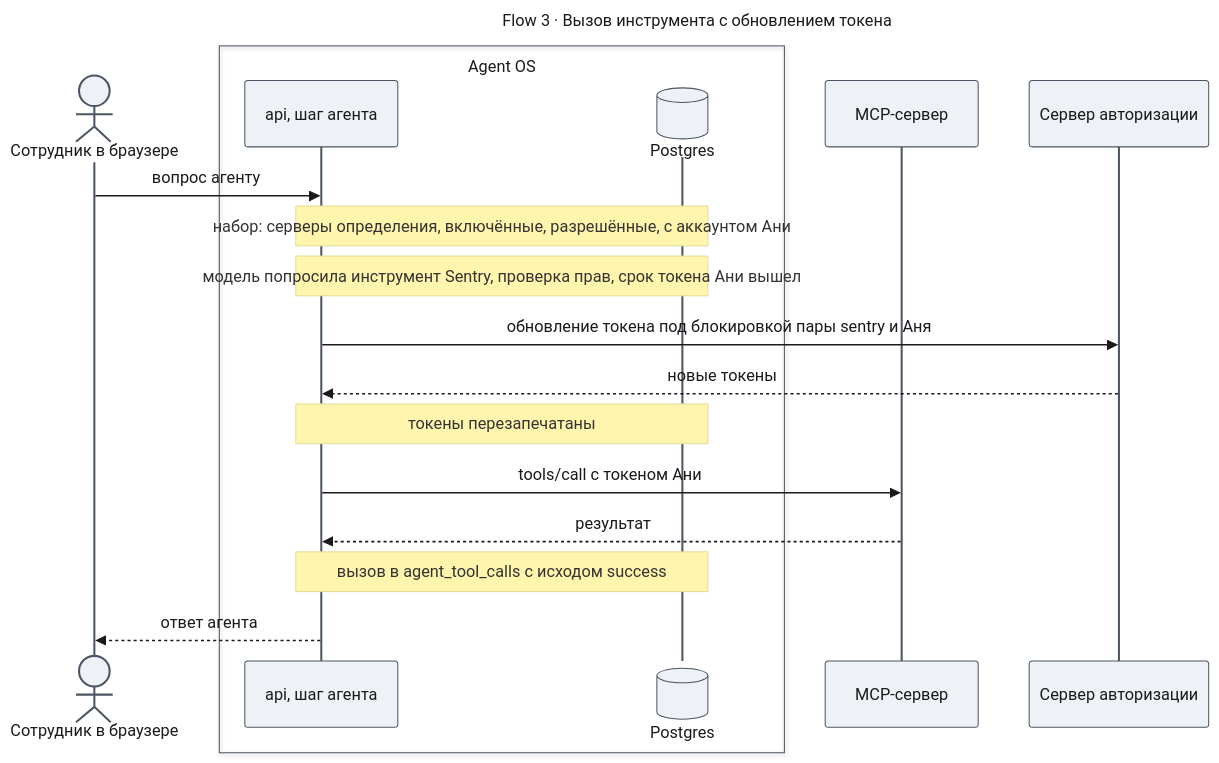
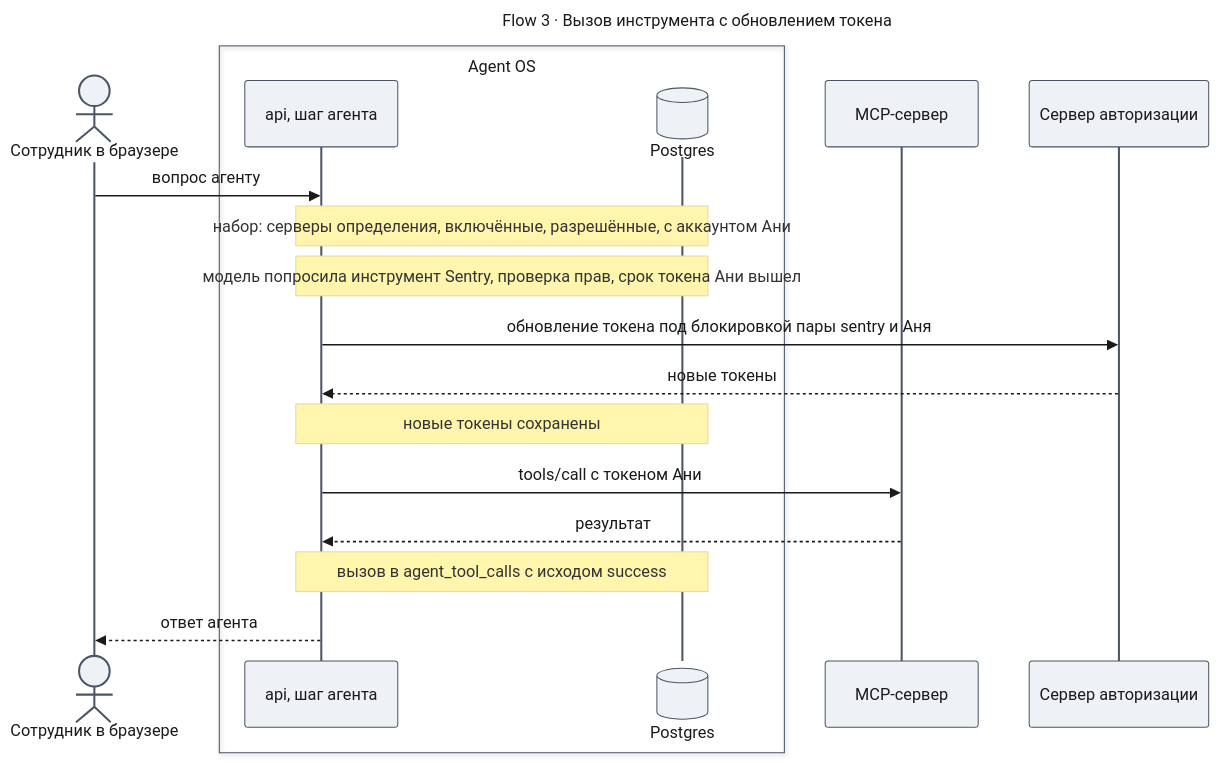
Before and after one commit to tundraray/agent-os: the eighth of 9 diagrams in docs/features/enterprise-access/design-mcp-connect.md, drawn with Mermaid. The commit also changed other lines of this file and 4 other files, not shown here.

````diff
--- a/docs/features/enterprise-access/design-mcp-connect.md
+++ b/docs/features/enterprise-access/design-mcp-connect.md
@@ -628,40 +624,40 @@
 ```mermaid
 ---
 title: "Flow 3 · Вызов инструмента с обновлением токена"
 config:
   theme: base
   look: classic
   themeVariables:
     primaryColor: "#eef1f5"
     primaryBorderColor: "#4b5563"
     primaryTextColor: "#1a1a1a"
     lineColor: "#6b7280"
   themeCSS: |
     @keyframes lit_mf3{0%,15%{stroke:#991b1b;stroke-width:6px}16.67%,100%{stroke:#37474f;stroke-width:2px}}
     @keyframes litr_mf3{0%,15%{stroke:#1d4ed8;stroke-width:6px}16.67%,100%{stroke:#37474f;stroke-width:2px}}
     .messageLine0[data-id='i0'],.messageLine1[data-id='i0']{animation:lit_mf3 7.2s linear 0s infinite}
     .messageLine0[data-id='i3'],.messageLine1[data-id='i3']{animation:lit_mf3 7.2s linear 1.2s infinite}
     .messageLine0[data-id='i4'],.messageLine1[data-id='i4']{animation:litr_mf3 7.2s linear 2.4s infinite}
     .messageLine0[data-id='i6'],.messageLine1[data-id='i6']{animation:lit_mf3 7.2s linear 3.6s infinite}
     .messageLine0[data-id='i7'],.messageLine1[data-id='i7']{animation:litr_mf3 7.2s linear 4.8s infinite}
     .messageLine0[data-id='i9'],.messageLine1[data-id='i9']{animation:litr_mf3 7.2s linear 6s infinite}
 ---
 sequenceDiagram
     actor U as Сотрудник в браузере
     box Agent OS
     participant A as api, шаг агента
     participant DB@{ "type": "database" } as Postgres
     end
     participant M as MCP-сервер
     participant S as Сервер авторизации
     U->>A: вопрос агенту
     Note over A,DB: набор: серверы определения, включённые, разрешённые, с аккаунтом Ани
     Note over A,DB: модель попросила инструмент Sentry, проверка прав, срок токена Ани вышел
     A->>S: обновление токена под блокировкой пары sentry и Аня
     S-->>A: новые токены
-    Note over A,DB: токены перезапечатаны
+    Note over A,DB: новые токены сохранены
     A->>M: tools/call с токеном Ани
     M-->>A: результат
     Note over A,DB: вызов в agent_tool_calls с исходом success
     A-->>U: ответ агента
 ```
````
